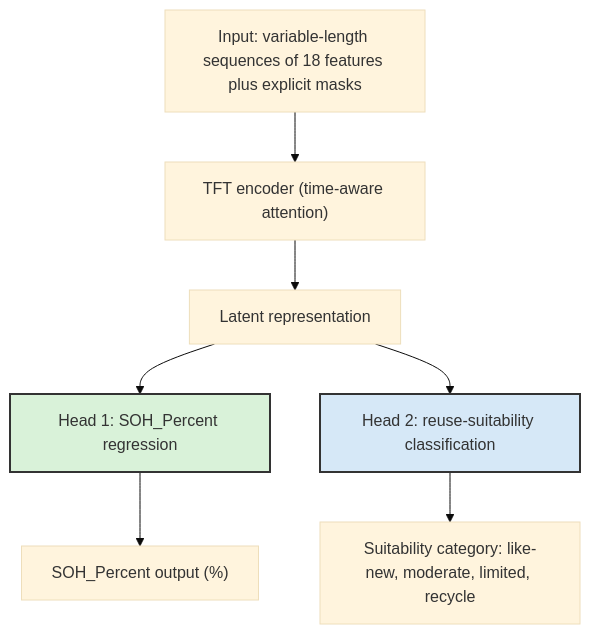
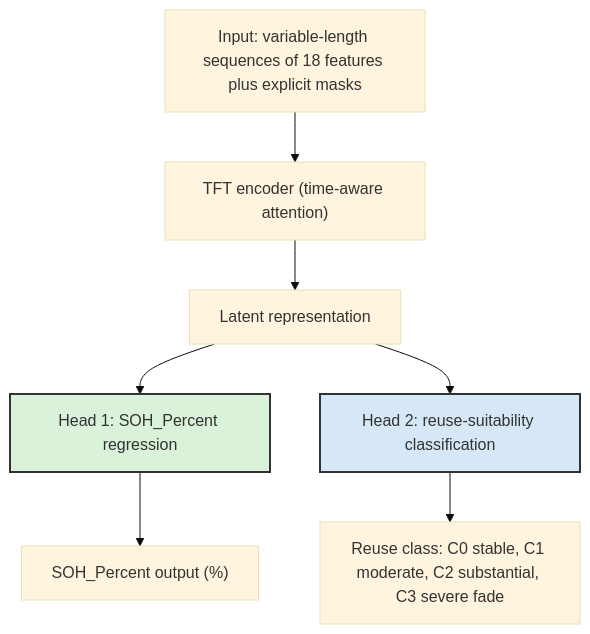
Before and after one commit to TarunSitaraman/residual-tft-ewc: the diagram in PLAN_OF_ACTION.md, drawn with Mermaid (base theme). The commit also changed other lines of this file and 10 other files, not shown here.

````diff
--- a/PLAN_OF_ACTION.md
+++ b/PLAN_OF_ACTION.md
@@ -128,12 +128,12 @@
 ```mermaid
 graph TD
     A["Input: variable-length sequences of 18 features plus explicit masks"] --> B["TFT encoder (time-aware attention)"]
     B --> C["Latent representation"]
     C --> D["Head 1: SOH_Percent regression"]
     C --> E["Head 2: reuse-suitability classification"]
     D --> F["SOH_Percent output (%)"]
-    E --> G["Suitability category: like-new, moderate, limited, recycle"]
+    E --> G["Reuse class: C0 stable, C1 moderate, C2 substantial, C3 severe fade"]
 
     style D fill:#d9f2d9,stroke:#333,stroke-width:2px
     style E fill:#d6e8f7,stroke:#333,stroke-width:2px
 ```
````
